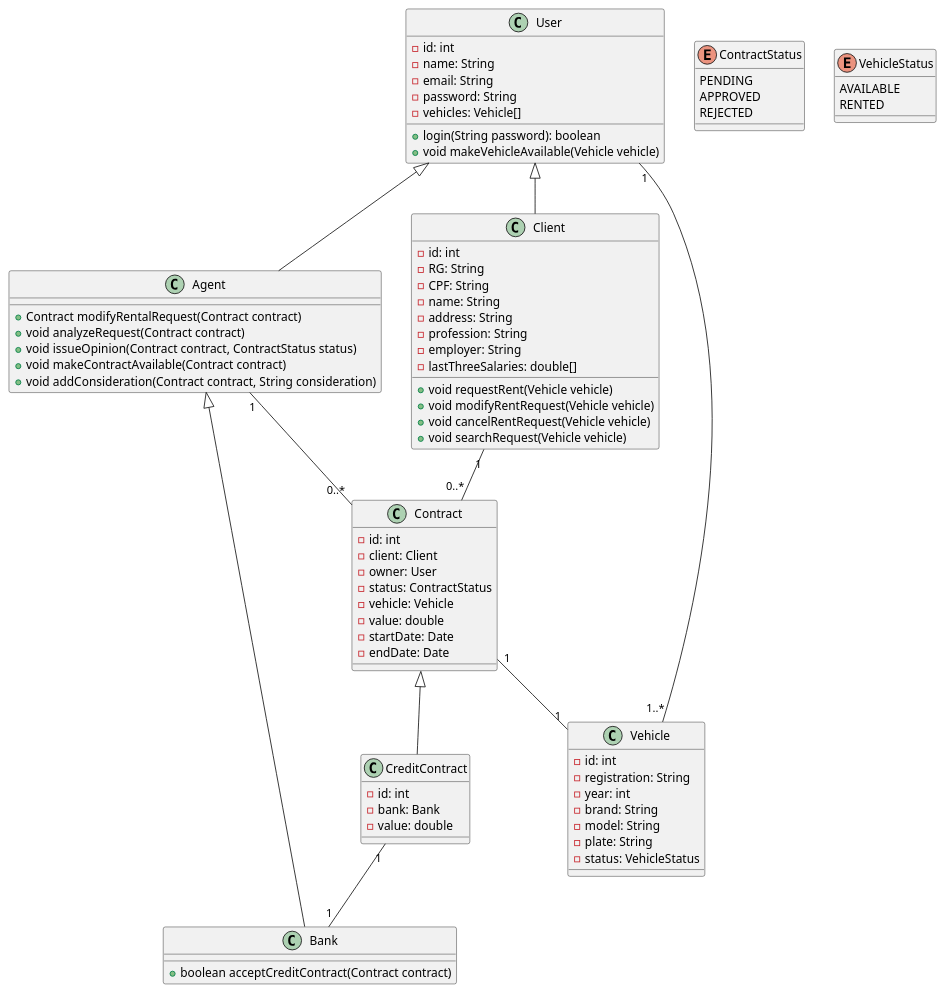
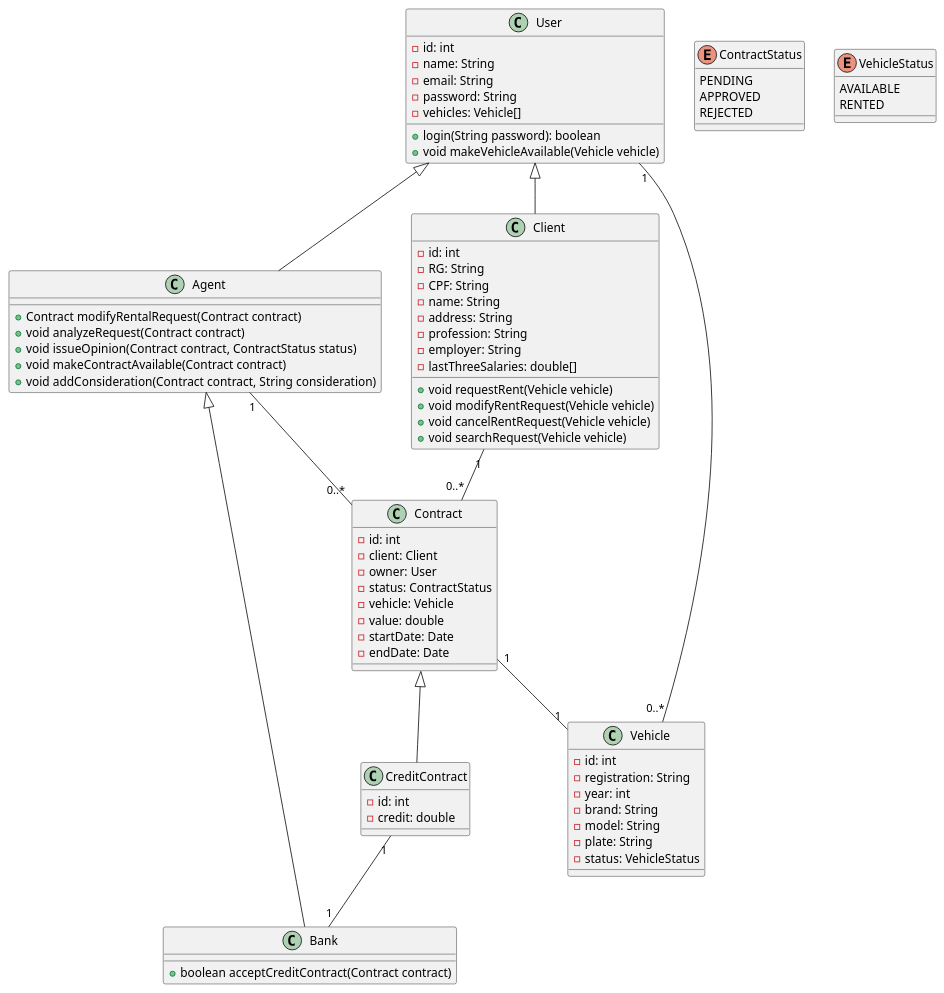
One commit to migueltico2/laboratorio-de-desenvolvimento-de-software changed the diagram in projeto 2/project/classDiagram.plantuml. Above: the diagram before and after it, drawn with PlantUML. The commit also changed 2 other files, not shown here.

```diff
--- a/projeto 2/project/classDiagram.plantuml
+++ b/projeto 2/project/classDiagram.plantuml
@@ -1,88 +1,87 @@
 @startuml
 
 class User {
     -id: int
     -name: String
     -email: String
     -password: String
     -vehicles: Vehicle[]
     +login(String password): boolean
     +void makeVehicleAvailable(Vehicle vehicle)
 }
 
 class Client {
     -id: int
     -RG: String
     -CPF: String
     -name: String
     -address: String
     -profession: String
     -employer: String
     -lastThreeSalaries: double[]
     +void requestRent(Vehicle vehicle)
     +void modifyRentRequest(Vehicle vehicle)
     +void cancelRentRequest(Vehicle vehicle)
     +void searchRequest(Vehicle vehicle)
 }
 
 
 class Agent {
     +Contract modifyRentalRequest(Contract contract)
     +void analyzeRequest(Contract contract)
     +void issueOpinion(Contract contract, ContractStatus status)
     +void makeContractAvailable(Contract contract)
     +void addConsideration(Contract contract, String consideration)
 }
 
 class Bank {
     +boolean acceptCreditContract(Contract contract)
 }
 
 class Contract {
     -id: int
     -client: Client
     -owner: User
     -status: ContractStatus
     -vehicle: Vehicle
     -value: double
     -startDate: Date
     -endDate: Date
 }
-
+ 
 class CreditContract {
     -id: int
-    -bank: Bank
-    -value: double
+    -credit: double
 }
 
 class Vehicle {
     -id: int
     -registration: String
     -year: int
     -brand: String
     -model: String
     -plate: String
     -status: VehicleStatus
 }
 
 enum ContractStatus {
     PENDING
     APPROVED
     REJECTED
 }
 
 enum VehicleStatus {
     AVAILABLE
     RENTED
 }
 
 User <|-- Agent
 User <|-- Client
-User "1" -- "1..*" Vehicle
+User "1" -- "0..*" Vehicle
 Contract <|-- CreditContract
 Client "1" -- "0..*" Contract
 CreditContract "1" -- "1" Bank
 Contract "1" -- "1" Vehicle
 Agent <|-- Bank
 Agent "1" -- "0..*" Contract
 @enduml
```
